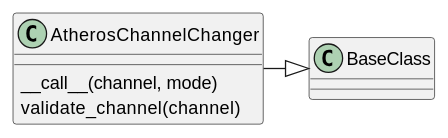
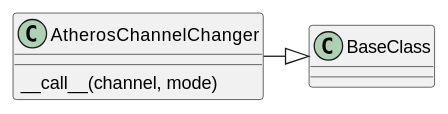
Before and after one commit to russell-n/apcommand: the fourth of 7 diagrams in apcommand/accesspoints/atheros.rst, drawn with PlantUML. The commit also changed other lines of this file and 5 other files, not shown here.

Commit message:
Changed the channel changer to use bandwidth parameter instead of assuming HT20!

```diff
--- a/apcommand/accesspoints/atheros.rst
+++ b/apcommand/accesspoints/atheros.rst
@@ -79,5 +78,4 @@
 .. uml::
 
    AtherosChannelChanger -|> BaseClass
    AtherosChannelChanger : __call__(channel, mode)
-   AtherosChannelChanger : validate_channel(channel)
```
